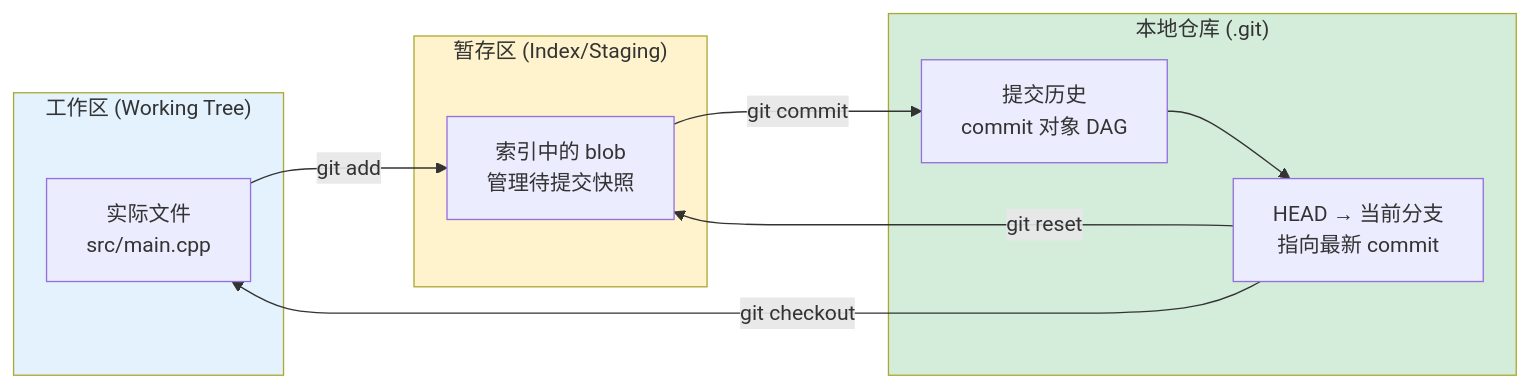
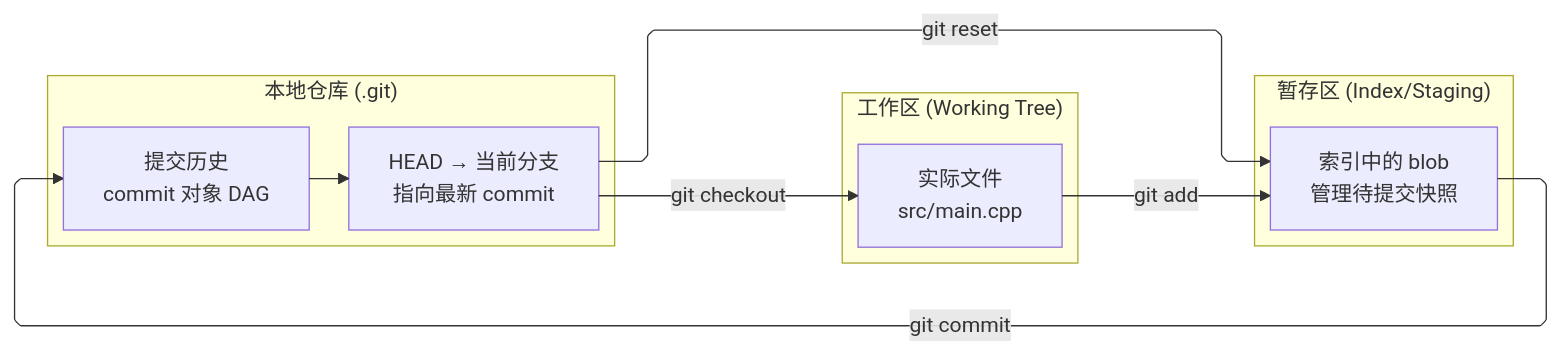
The diagram in 07-Development Tools (工程开发工具)/01 · Git (版本控制)/01a-Core Concepts：Working Tree, Index, HEAD (三区模型) ⭐.md (ziyan-cs/obsidian-coding-notes), drawn with Mermaid before and after one commit. The commit also changed 37 other files, not shown here.

````diff
--- a/07-Development Tools (工程开发工具)/01 · Git (版本控制)/01a-Core Concepts：Working Tree, Index, HEAD (三区模型) ⭐.md
+++ b/07-Development Tools (工程开发工具)/01 · Git (版本控制)/01a-Core Concepts：Working Tree, Index, HEAD (三区模型) ⭐.md
@@ -12,23 +12,21 @@
 ```mermaid
+%%{init: {"flowchart": {"defaultRenderer": "elk", "curve": "monotoneX"}} }%%
 graph LR
     subgraph WD["工作区 (Working Tree)"]
         FILES["实际文件<br/>src/main.cpp"]
     end
     subgraph INDEX["暂存区 (Index/Staging)"]
         BLOB["索引中的 blob<br/>管理待提交快照"]
     end
     subgraph REPO["本地仓库 (.git)"]
         COMMIT["提交历史<br/>commit 对象 DAG"]
         HEAD["HEAD → 当前分支<br/>指向最新 commit"]
     end
     
     FILES -->|git add| BLOB
     BLOB -->|git commit| COMMIT
     COMMIT --> HEAD
     HEAD -->|git checkout| FILES
     HEAD -->|git reset| BLOB
     
-    style WD fill:#e3f2fd
-    style INDEX fill:#fff3cd
-    style REPO fill:#d4edda
 ```
````
